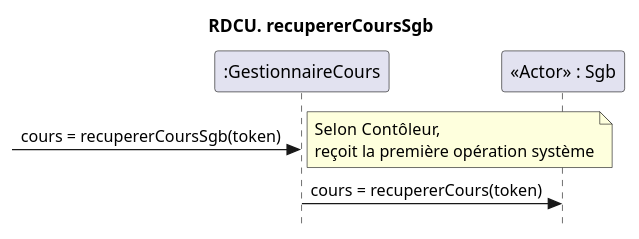
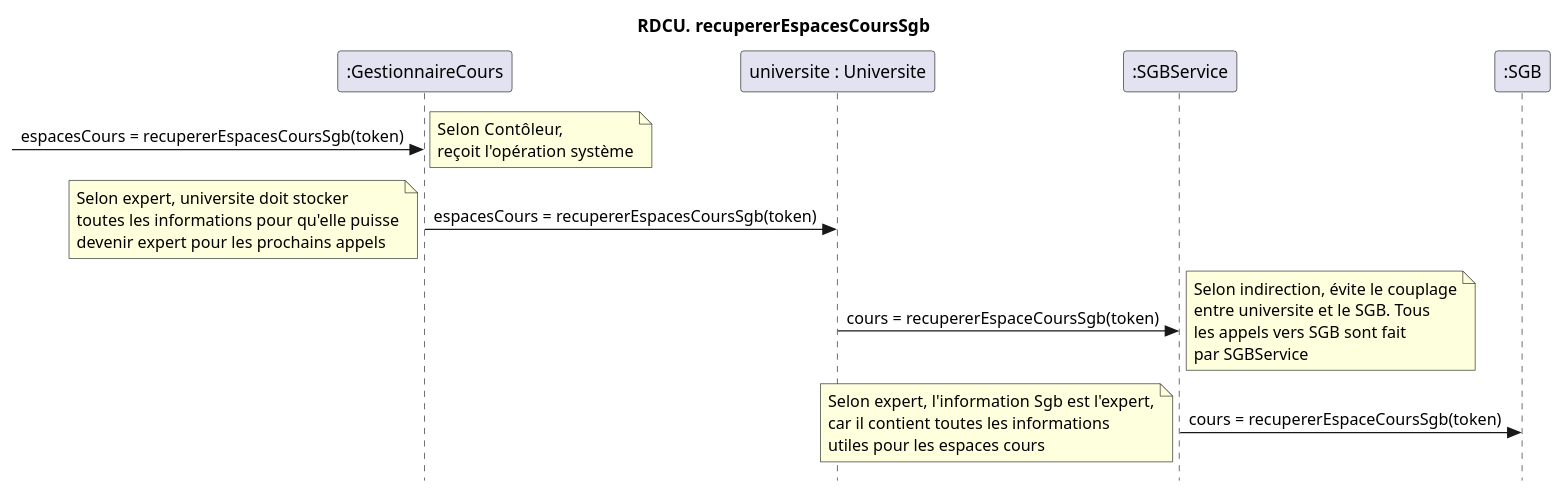
The diagram in docs/Ajouter cours/RDCU_recupererCoursSgb.puml (nerdz88/SGA-TS), drawn with PlantUML before and after one commit. The commit also changed 39 other files, not shown here.

```diff
--- a/docs/Ajouter cours/RDCU_recupererCoursSgb.puml
+++ b/docs/Ajouter cours/RDCU_recupererCoursSgb.puml
@@ -1,11 +1,19 @@
 @startuml recupererCoursSgb
 skinparam style strictuml
 skinparam defaultfontname Verdana
-title RDCU. recupererCoursSgb
-participant ":GestionnaireCours" as sga
-participant "<<Actor>> : Sgb" as sgb
+title RDCU. recupererEspacesCoursSgb
+participant ":GestionnaireCours" as gesCours
+participant "universite : Universite" as uni
+participant ":SGBService" as service
+participant ":SGB" as sgb
 
-->sga : cours = recupererCoursSgb(token)
-note left : Selon Contôleur,\nreçoit la première opération système
-sga->sgb: cours = recupererCours(token)
+
+->gesCours : espacesCours = recupererEspacesCoursSgb(token)
+note left : Selon Contôleur,\nreçoit l'opération système
+gesCours -> uni  : espacesCours = recupererEspacesCoursSgb(token)
+note left : Selon expert, universite doit stocker\ntoutes les informations pour qu'elle puisse\ndevenir expert pour les prochains appels
+uni->service: cours = recupererEspaceCoursSgb(token)
+note right : Selon indirection, évite le couplage\nentre universite et le SGB. Tous\nles appels vers SGB sont fait\npar SGBService
+service -> sgb : cours = recupererEspaceCoursSgb(token)
+note left : Selon expert, l'information Sgb est l'expert,\ncar il contient toutes les informations\nutiles pour les espaces cours
 @enduml
```
